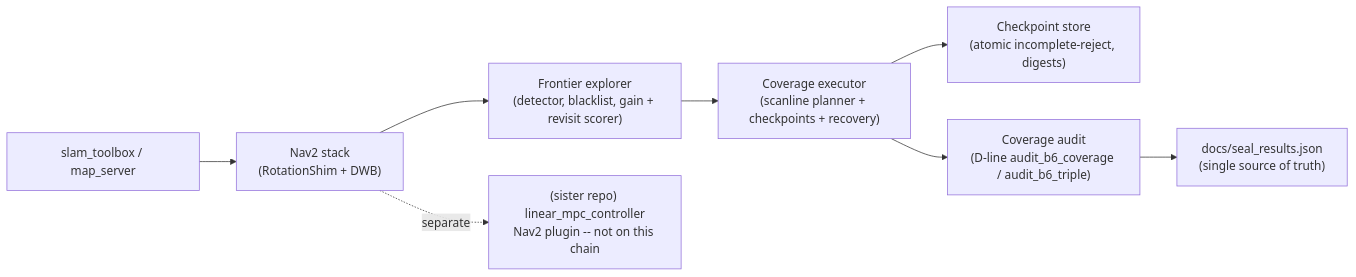
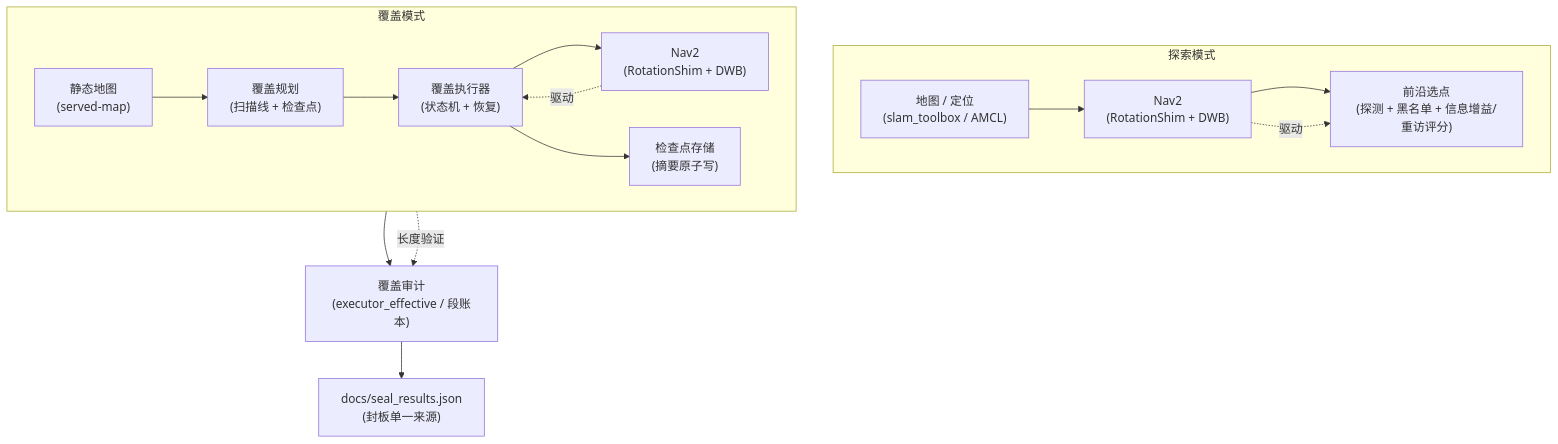
Before and after one commit to yeezhouyi/ros2_tunnel_explorer: the first of 2 diagrams in README.md, drawn with Mermaid. The commit also changed other lines of this file and 2 other files, not shown here.

First line of the commit message:
README: 中文统一版式重写 + 演示动图首帧可读

````diff
--- a/README.md
+++ b/README.md
@@ -21,17 +46,17 @@
 ```mermaid
-flowchart LR
-    Slam["slam_toolbox / map_server"]
-    Nav2["Nav2 stack<br/>(RotationShim + DWB)"]
-    Front["Frontier explorer<br/>(detector, blacklist, gain + revisit scorer)"]
-    Exec["Coverage executor<br/>(scanline planner + checkpoints + recovery)"]
-    Check["Checkpoint store<br/>(atomic incomplete-reject, digests)"]
-    Cover["Coverage audit<br/>(D-line audit_b6_coverage / audit_b6_triple)"]
-    B6B["(sister repo) linear_mpc_controller<br/>Nav2 plugin -- not on this chain"]
-    Seal["docs/seal_results.json<br/>(single source of truth)"]
-
-    Slam --> Nav2 --> Front --> Exec
-    Exec --> Check
-    Exec --> Cover
-    Cover --> Seal
-    Nav2 -. separate .-> B6B
+flowchart TB
+  subgraph 探索模式["探索模式"]
+    direction LR
+    SLAM["地图 / 定位<br/>(slam_toolbox / AMCL)"] --> NAV2E["Nav2<br/>(RotationShim + DWB)"] --> FRONT["前沿选点<br/>(探测 + 黑名单 + 信息增益/重访评分)"]
+  end
+  subgraph 覆盖模式["覆盖模式"]
+    direction LR
+    MAP["静态地图<br/>(served-map)"] --> PLAN["覆盖规划<br/>(扫描线 + 检查点)"] --> EXEC["覆盖执行器<br/>(状态机 + 恢复)"] --> NAV2C["Nav2<br/>(RotationShim + DWB)"]
+    EXEC --> CHECK["检查点存储<br/>(摘要原子写)"]
+  end
+  AUDIT["覆盖审计<br/>(executor_effective / 段账本)"] --> SEAL["docs/seal_results.json<br/>(封板单一来源)"]
+  EXEC --> AUDIT
+  PLAN -. 长度验证 .-> AUDIT
+  NAV2E -. 驱动 .-> FRONT
+  NAV2C -. 驱动 .-> EXEC
 ```
````
